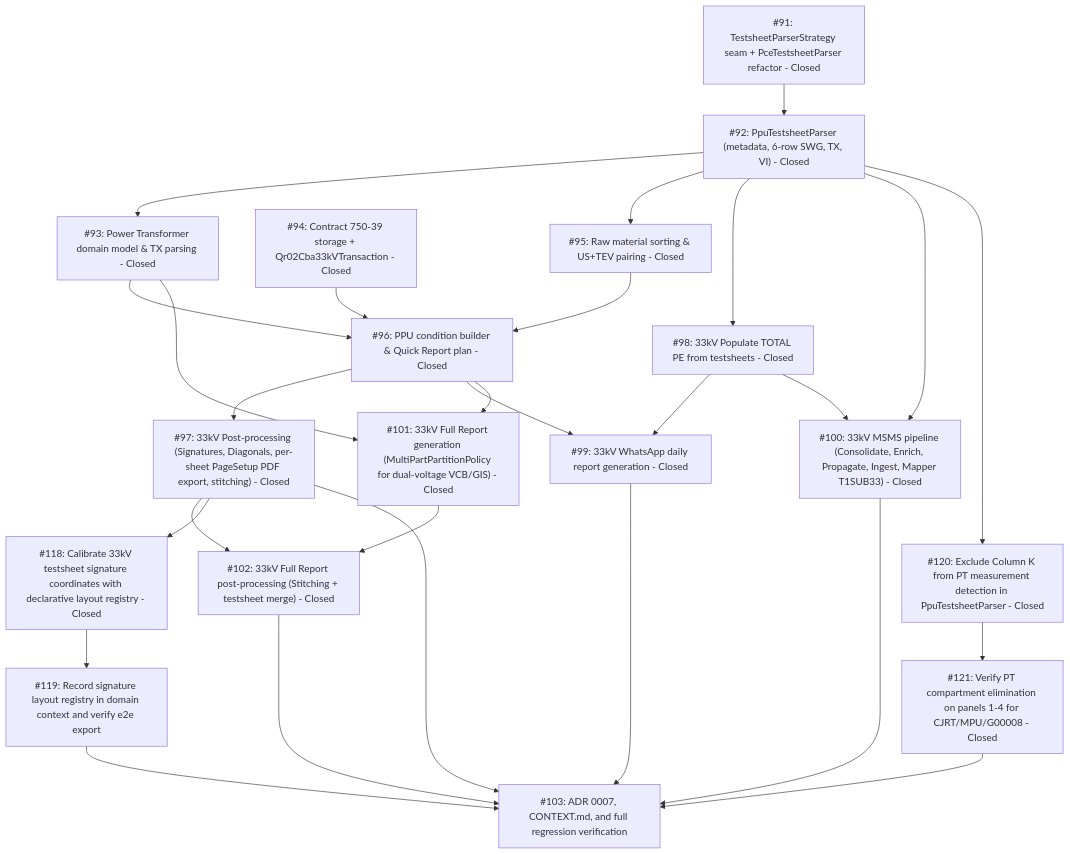
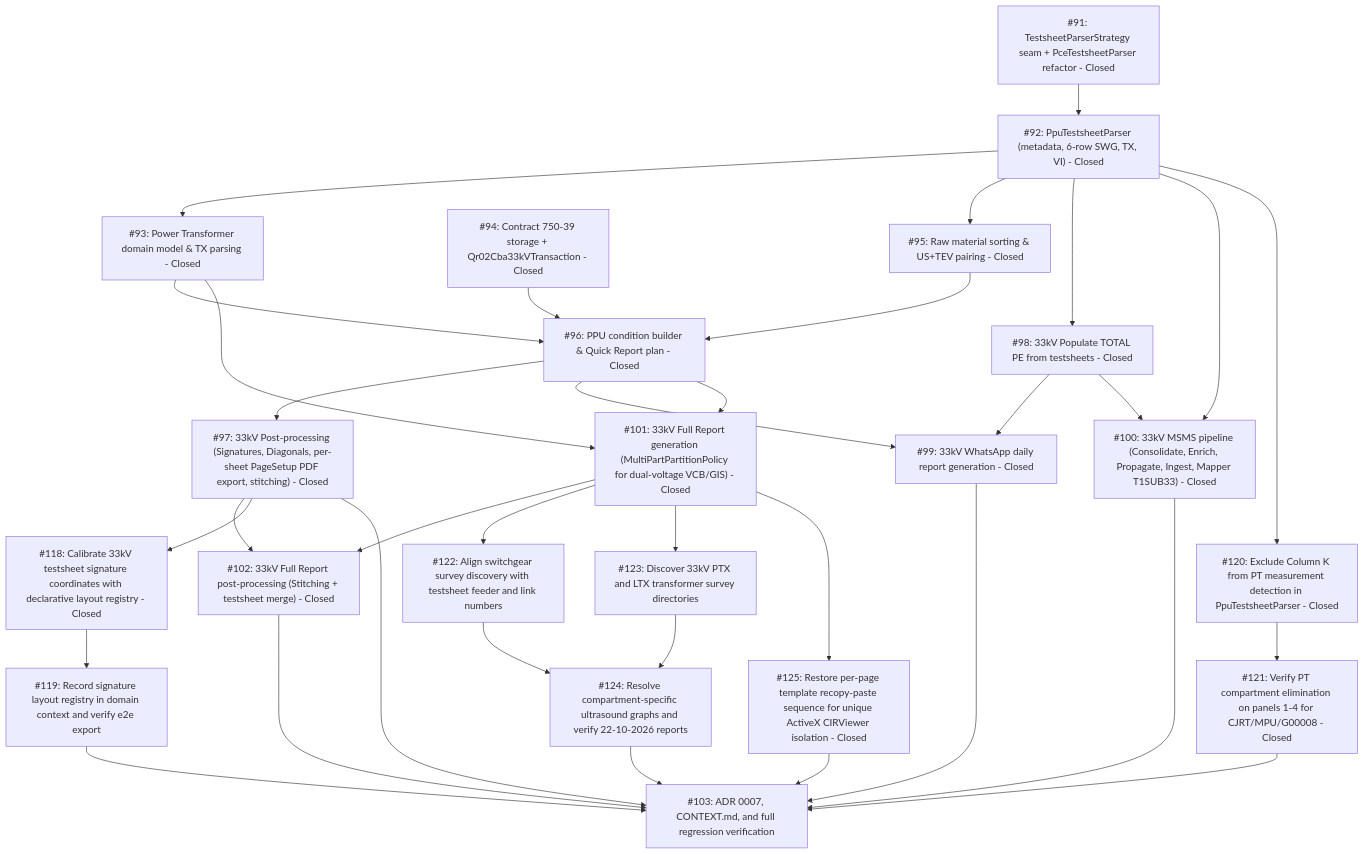
Before and after one commit to adamlarGit/pahang-cli: the diagram in .wayfinder/33kv-system-workflow/map.md, drawn with Mermaid. The commit also changed other lines of this file and 7 other files, not shown here.

First line of the commit message:
fix(compiler): revert Saved=False to restore ActiveX CIRViewer isolation (#125)

````diff
--- a/.wayfinder/33kv-system-workflow/map.md
+++ b/.wayfinder/33kv-system-workflow/map.md
@@ -55,47 +55,58 @@
 ```mermaid
 graph TD
     T91["#91: TestsheetParserStrategy seam + PceTestsheetParser refactor - Closed"]
     T92["#92: PpuTestsheetParser (metadata, 6-row SWG, TX, VI) - Closed"]
     T93["#93: Power Transformer domain model & TX parsing - Closed"]
     T94["#94: Contract 750-39 storage + Qr02Cba33kVTransaction - Closed"]
     T95["#95: Raw material sorting & US+TEV pairing - Closed"]
     T96["#96: PPU condition builder & Quick Report plan - Closed"]
     T97["#97: 33kV Post-processing (Signatures, Diagonals, per-sheet PageSetup PDF export, stitching) - Closed"]
     T98["#98: 33kV Populate TOTAL PE from testsheets - Closed"]
     T99["#99: 33kV WhatsApp daily report generation - Closed"]
     T100["#100: 33kV MSMS pipeline (Consolidate, Enrich, Propagate, Ingest, Mapper T1SUB33) - Closed"]
     T101["#101: 33kV Full Report generation (MultiPartPartitionPolicy for dual-voltage VCB/GIS) - Closed"]
     T102["#102: 33kV Full Report post-processing (Stitching + testsheet merge) - Closed"]
     T118["#118: Calibrate 33kV testsheet signature coordinates with declarative layout registry - Closed"]
     T119["#119: Record signature layout registry in domain context and verify e2e export"]
     T120["#120: Exclude Column K from PT measurement detection in PpuTestsheetParser - Closed"]
     T121["#121: Verify PT compartment elimination on panels 1-4 for CJRT/MPU/G00008 - Closed"]
+    T122["#122: Align switchgear survey discovery with testsheet feeder and link numbers"]
+    T123["#123: Discover 33kV PTX and LTX transformer survey directories"]
+    T124["#124: Resolve compartment-specific ultrasound graphs and verify 22-10-2026 reports"]
+    T125["#125: Restore per-page template recopy-paste sequence for unique ActiveX CIRViewer isolation - Closed"]
     T103["#103: ADR 0007, CONTEXT.md, and full regression verification"]
 
     T91 --> T92
     T92 --> T93
     T92 --> T95
     T92 --> T98
     T94 --> T96
     T93 --> T96
     T95 --> T96
     T96 --> T97
     T96 --> T99
     T98 --> T99
     T98 --> T100
     T92 --> T100
     T93 --> T101
     T96 --> T101
     T97 --> T102
     T101 --> T102
     T97 --> T118
     T118 --> T119
     T119 --> T103
     T92 --> T120
     T120 --> T121
     T121 --> T103
+    T101 --> T122
+    T101 --> T123
+    T122 --> T124
+    T123 --> T124
+    T124 --> T103
+    T101 --> T125
+    T125 --> T103
     T97 --> T103
     T99 --> T103
     T100 --> T103
     T102 --> T103
 ```
````
